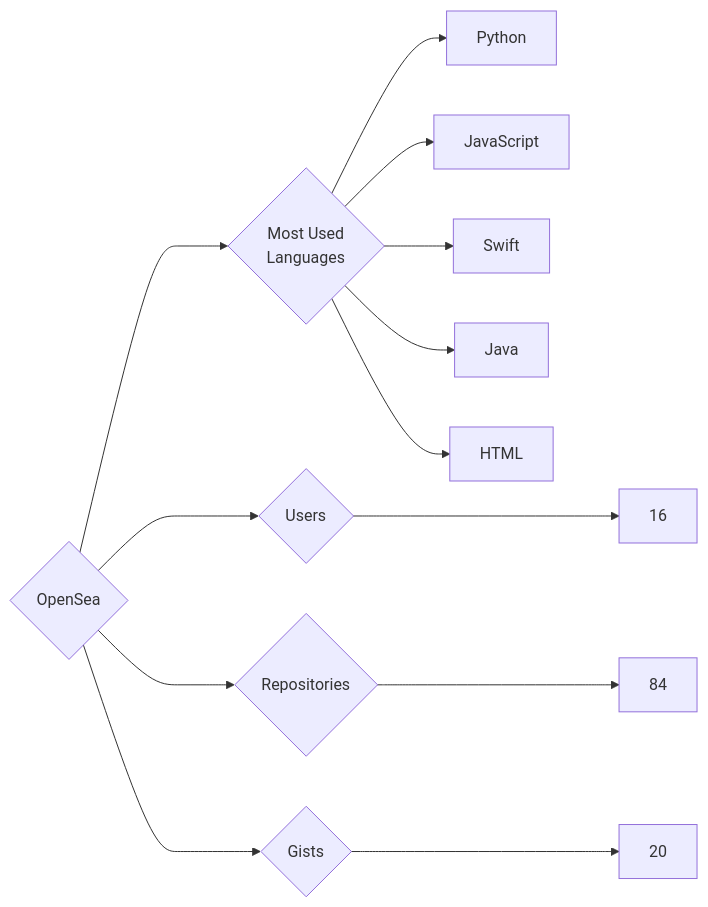
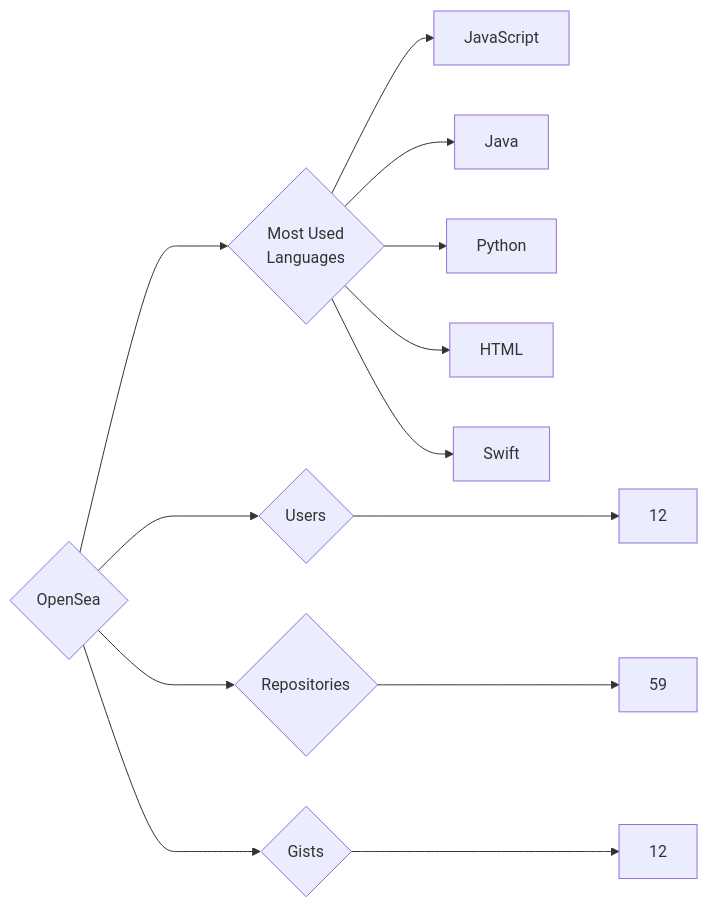
The diagram in targets/OpenSea/README.md (trickest/insiders), drawn with Mermaid before and after one commit. The commit also changed 953 other files, not shown here.

````diff
--- a/targets/OpenSea/README.md
+++ b/targets/OpenSea/README.md
@@ -3,13 +3,13 @@
 ```mermaid
 graph LR
 COMPANY_NAME{OpenSea}
-COMPANY_NAME ---> U{Users} ---> UN[16]
-COMPANY_NAME ---> R{Repositories} ---> RN[84]
-COMPANY_NAME ---> G{Gists} ---> GN[20]
+COMPANY_NAME ---> U{Users} ---> UN[12]
+COMPANY_NAME ---> R{Repositories} ---> RN[59]
+COMPANY_NAME ---> G{Gists} ---> GN[12]
 COMPANY_NAME ---> ML{Most Used<br>Languages}
+ML --> JavaScript[JavaScript]
+ML --> Java[Java]
 ML --> Python[Python]
-ML --> JavaScript[JavaScript]
+ML --> HTML[HTML]
 ML --> Swift[Swift]
-ML --> Java[Java]
-ML --> HTML[HTML]
 ```
````
